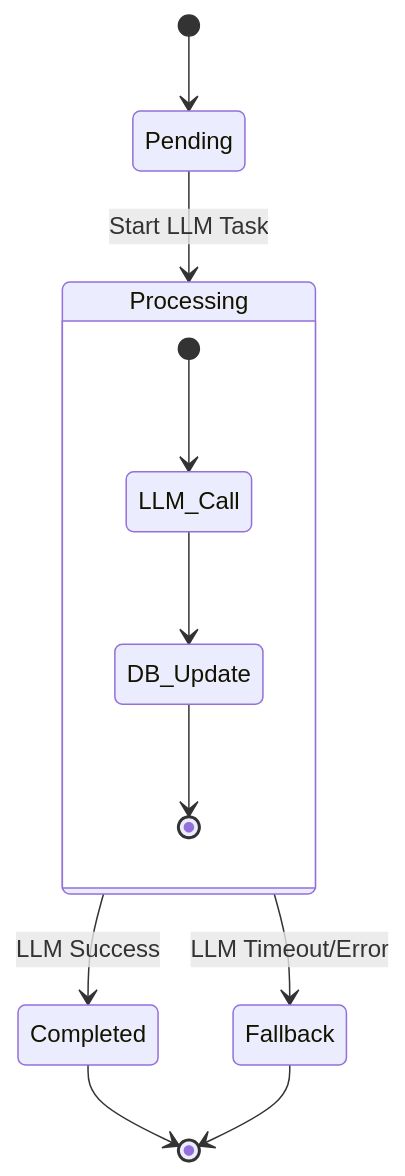
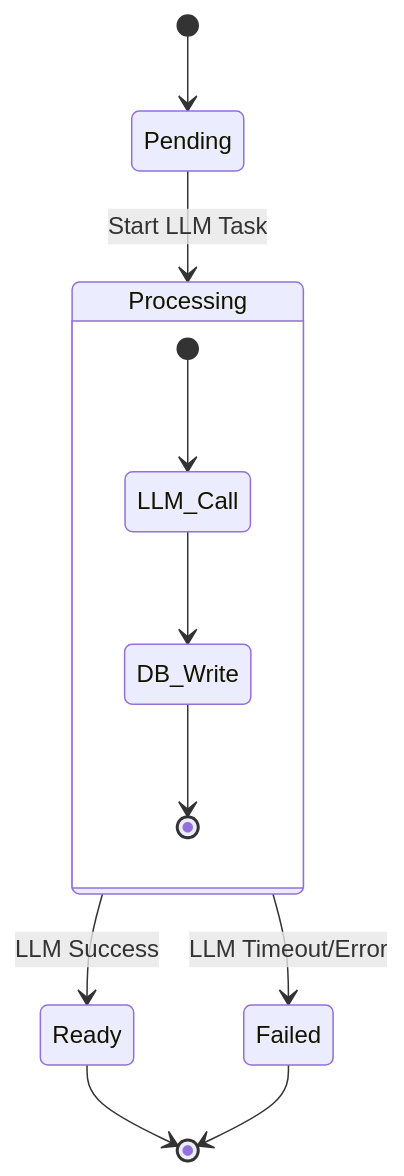
The seventh of 8 diagrams in .qoder/repowiki/en/content/Hybrid Pipeline.md (Revanththetalogics/aireume), drawn with Mermaid before and after one commit. The commit also changed other lines of this file and 15 other files, not shown here.

````diff
--- a/.qoder/repowiki/en/content/Hybrid Pipeline.md
+++ b/.qoder/repowiki/en/content/Hybrid Pipeline.md
@@ -332,14 +365,14 @@
 ```mermaid
 stateDiagram-v2
 [*] --> Pending
 Pending --> Processing : Start LLM Task
-Processing --> Completed : LLM Success
-Processing --> Fallback : LLM Timeout/Error
-Completed --> [*]
-Fallback --> [*]
+Processing --> Ready : LLM Success
+Processing --> Failed : LLM Timeout/Error
+Ready --> [*]
+Failed --> [*]
 state Processing {
 [*] --> LLM_Call
-LLM_Call --> DB_Update
-DB_Update --> [*]
+LLM_Call --> DB_Write
+DB_Write --> [*]
 }
 ```
````
